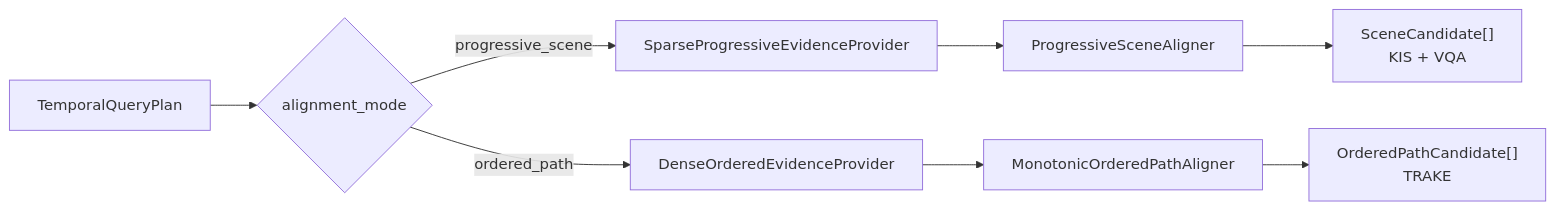
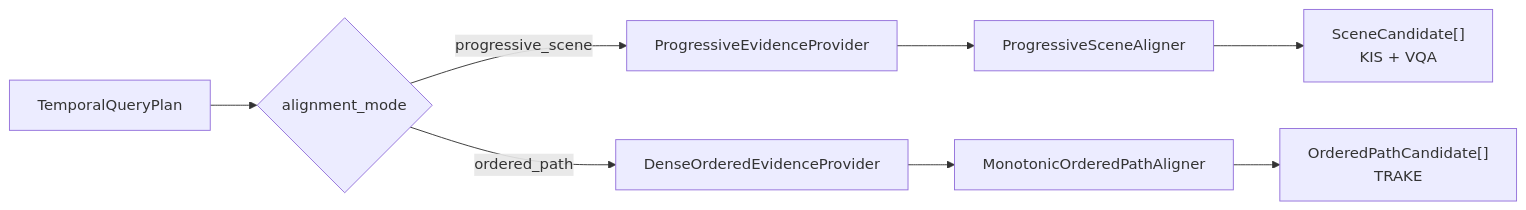
One commit to khang1108/MLeCDanBGold changed the fourth of 12 diagrams in src/hcmai/README.md. Above: the diagram before and after it, drawn with Mermaid. The commit also changed 110 other files, not shown here.

````diff
--- a/src/hcmai/README.md
+++ b/src/hcmai/README.md
@@ -213,10 +213,10 @@
 ```mermaid
 flowchart LR
     PLAN["TemporalQueryPlan"] --> MODE{"alignment_mode"}
-    MODE -->|progressive_scene| SPARSE["SparseProgressiveEvidenceProvider"]
+    MODE -->|progressive_scene| SPARSE["ProgressiveEvidenceProvider"]
     SPARSE --> SCENE["ProgressiveSceneAligner"]
     SCENE --> SCENES["SceneCandidate[]<br/>KIS + VQA"]
     MODE -->|ordered_path| DENSE["DenseOrderedEvidenceProvider"]
     DENSE --> MONO["MonotonicOrderedPathAligner"]
     MONO --> PATHS["OrderedPathCandidate[]<br/>TRAKE"]
 ```
````
